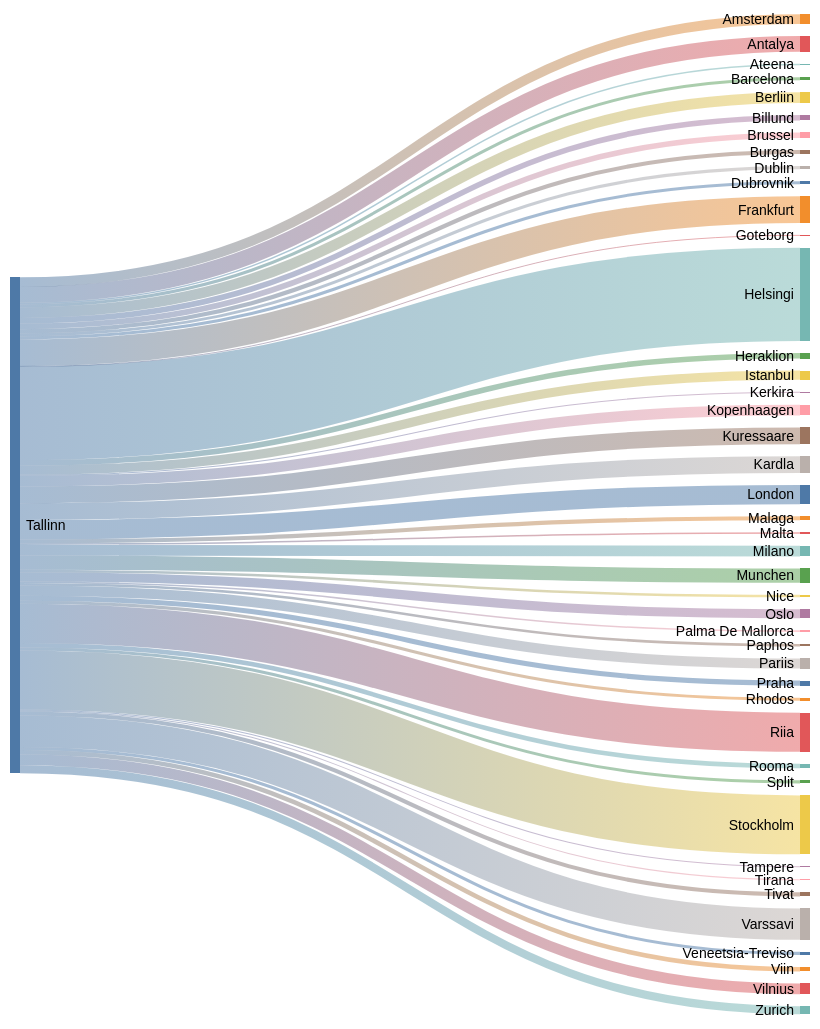
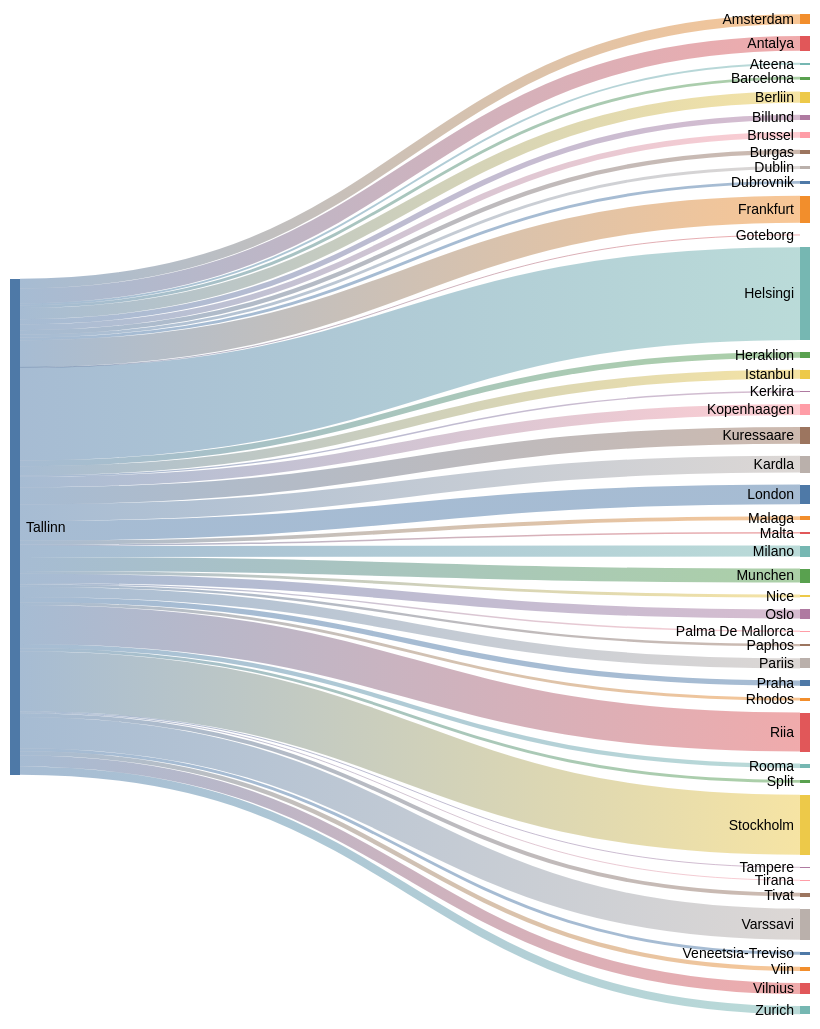
The second of 2 diagrams in README.md (rainermesi/tll-airport-departures), drawn with Mermaid (neutral theme) before and after one commit. The commit also changed other lines of this file, not shown here.

````diff
--- a/README.md
+++ b/README.md
@@ -34,56 +34,56 @@
 ```mermaid
 ---
 config:
   sankey:
     showValues: false
     width: 800
     height: 1000
 ---
 sankey-beta
 %% source,target,value
-Tallinn,Amsterdam,19
+Tallinn,Amsterdam,20
 Tallinn,Antalya,31
-Tallinn,Ateena,3
+Tallinn,Ateena,4
 Tallinn,Barcelona,6
-Tallinn,Berliin,21
+Tallinn,Berliin,23
 Tallinn,Billund,11
-Tallinn,Brussel,11
-Tallinn,Burgas,8
+Tallinn,Brussel,12
+Tallinn,Burgas,9
 Tallinn,Dublin,6
 Tallinn,Dubrovnik,6
-Tallinn,Frankfurt,53
+Tallinn,Frankfurt,56
 Tallinn,Goteborg,1
-Tallinn,Helsingi,184
-Tallinn,Heraklion,11
-Tallinn,Istanbul,18
-Tallinn,Kerkira,2
-Tallinn,Kopenhaagen,21
-Tallinn,Kuressaare,33
-Tallinn,Kardla,33
-Tallinn,London,38
+Tallinn,Helsingi,193
+Tallinn,Heraklion,12
+Tallinn,Istanbul,19
+Tallinn,Kerkira,3
+Tallinn,Kopenhaagen,22
+Tallinn,Kuressaare,35
+Tallinn,Kardla,35
+Tallinn,London,41
 Tallinn,Malaga,8
 Tallinn,Malta,3
-Tallinn,Milano,21
-Tallinn,Munchen,28
-Tallinn,Nice,5
-Tallinn,Oslo,18
+Tallinn,Milano,23
+Tallinn,Munchen,29
+Tallinn,Nice,6
+Tallinn,Oslo,19
 Tallinn,Palma De Mallorca,3
 Tallinn,Paphos,5
-Tallinn,Pariis,20
-Tallinn,Praha,10
+Tallinn,Pariis,21
+Tallinn,Praha,11
 Tallinn,Rhodos,6
-Tallinn,Riia,77
+Tallinn,Riia,81
 Tallinn,Rooma,9
 Tallinn,Split,6
-Tallinn,Stockholm,116
+Tallinn,Stockholm,125
 Tallinn,Tampere,2
 Tallinn,Tirana,2
 Tallinn,Tivat,8
-Tallinn,Varssavi,62
+Tallinn,Varssavi,65
 Tallinn,Veneetsia-Treviso,6
 Tallinn,Viin,9
-Tallinn,Vilnius,21
-Tallinn,Zurich,16
+Tallinn,Vilnius,23
+Tallinn,Zurich,17
 
 
 ```
````
